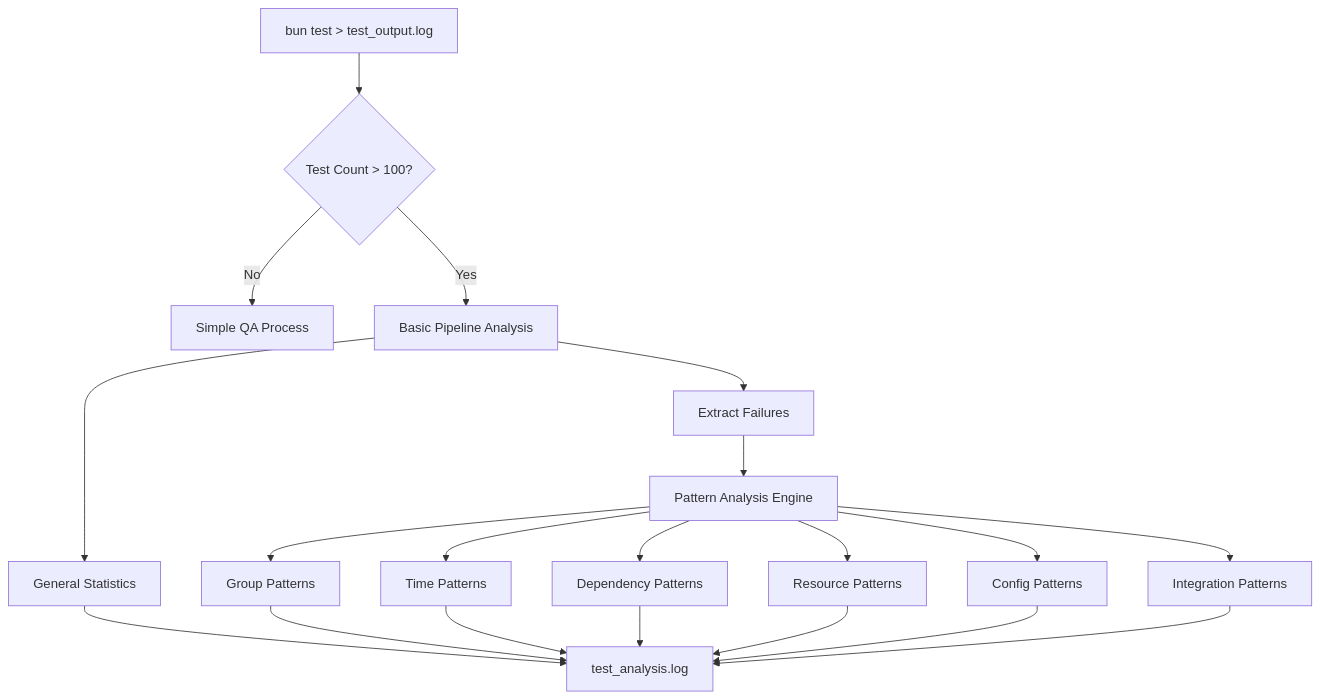
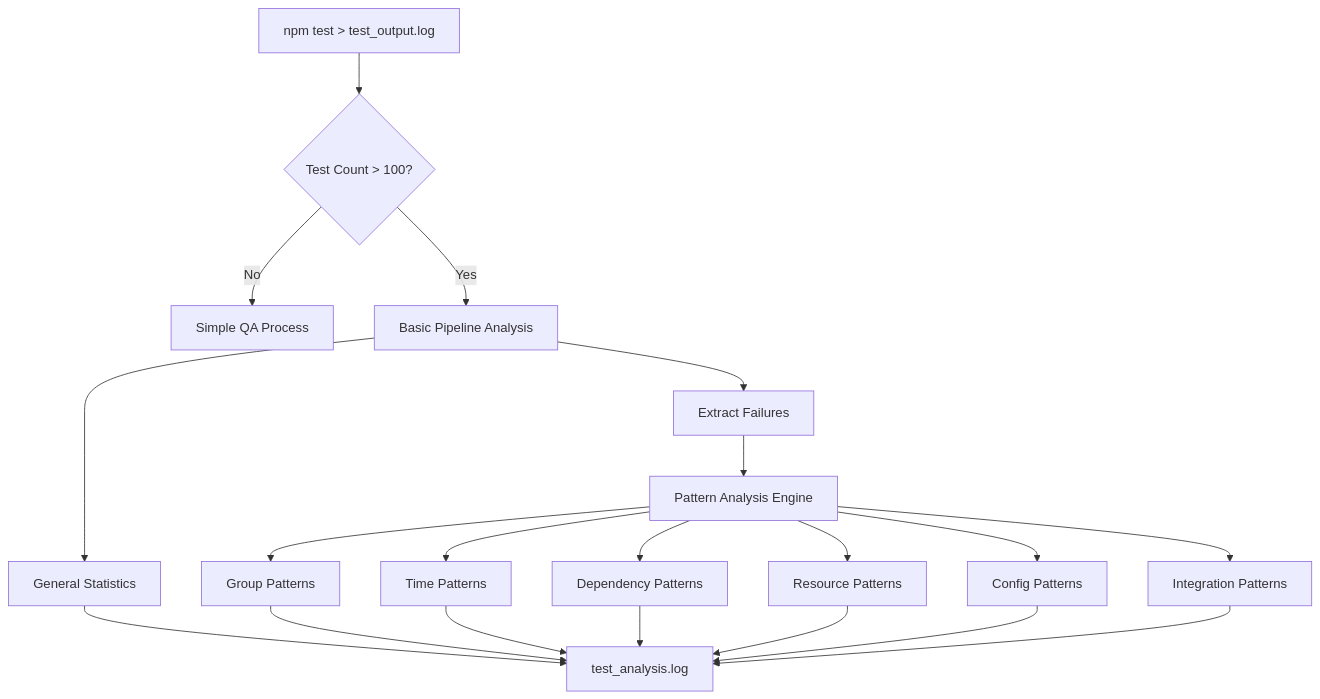
One commit to vanzan01/cursor-memory-bank changed the diagram in _cursor/rules/isolation_rules/CustomWorkflow/testing/large-test-analysis.mdc.md. Above: the diagram before and after it, drawn with Mermaid. The commit also changed 80 other files, not shown here.

````diff
--- a/_cursor/rules/isolation_rules/CustomWorkflow/testing/large-test-analysis.mdc.md
+++ b/_cursor/rules/isolation_rules/CustomWorkflow/testing/large-test-analysis.mdc.md
@@ -13,25 +13,25 @@
 ```mermaid
 graph TD
-    TestRun["bun test > test_output.log"] --> Count{"Test Count > 100?"}
+    TestRun["npm test > test_output.log"] --> Count{"Test Count > 100?"}
     Count -->|No| SimpleQA["Simple QA Process"]
     Count -->|Yes| BasicAnalysis["Basic Pipeline Analysis"]
 
     BasicAnalysis --> Stats["General Statistics"]
     BasicAnalysis --> Failures["Extract Failures"]
 
     Failures --> PatternAnalysis["Pattern Analysis Engine"]
     PatternAnalysis --> GroupPattern["Group Patterns"]
     PatternAnalysis --> TimePattern["Time Patterns"]
     PatternAnalysis --> DepPattern["Dependency Patterns"]
     PatternAnalysis --> ResPattern["Resource Patterns"]
     PatternAnalysis --> ConfigPattern["Config Patterns"]
     PatternAnalysis --> IntegPattern["Integration Patterns"]
 
     Stats --> Report["test_analysis.log"]
     GroupPattern --> Report
     TimePattern --> Report
     DepPattern --> Report
     ResPattern --> Report
     ConfigPattern --> Report
     IntegPattern --> Report
 ```
````
